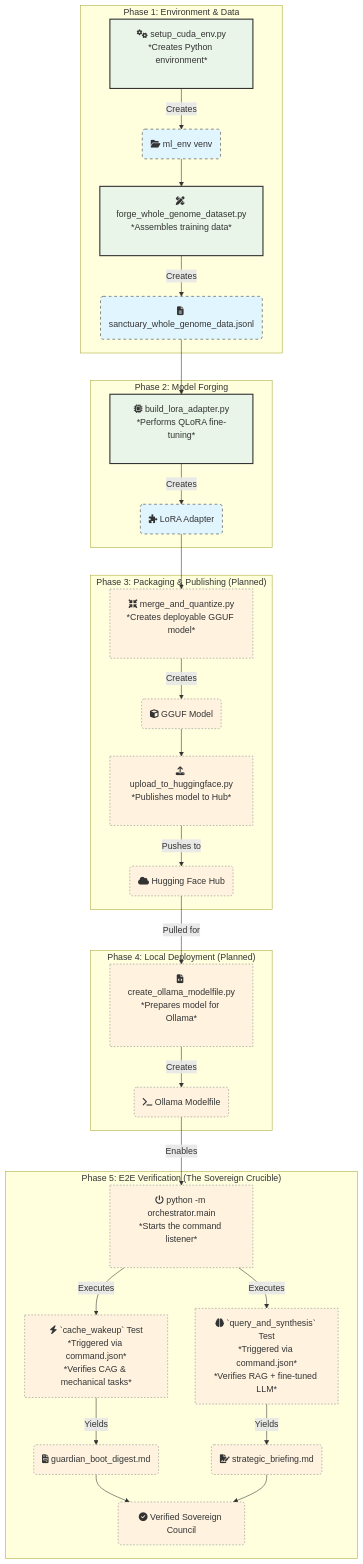
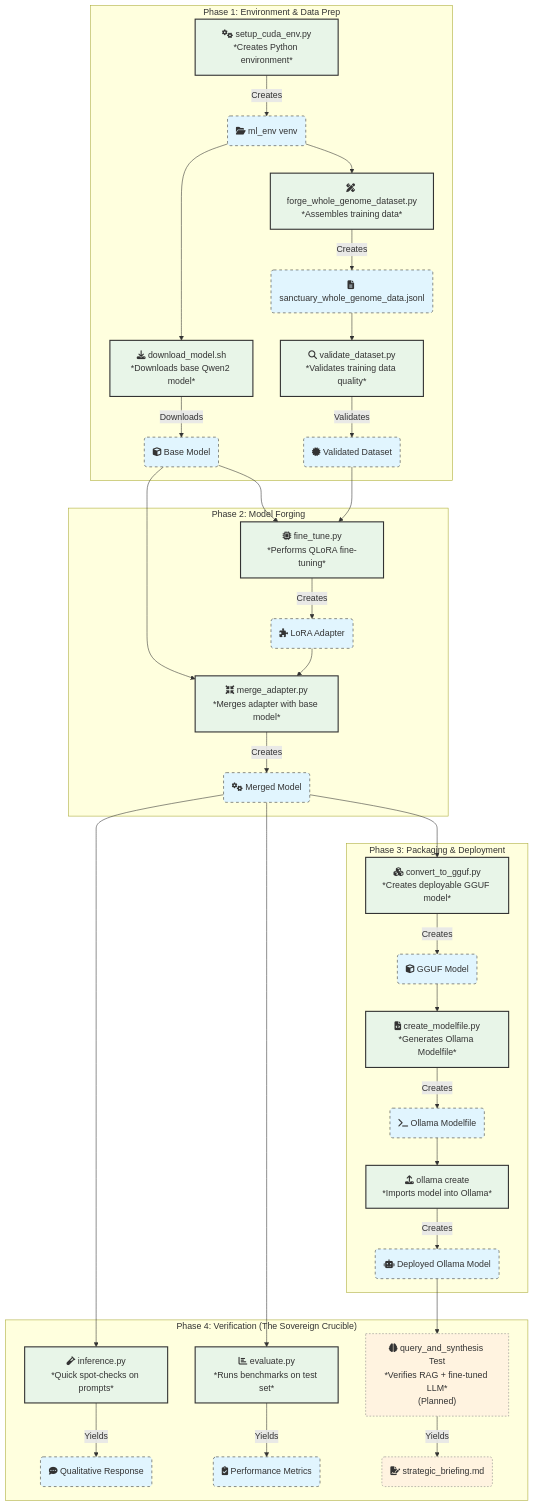
The third of 3 diagrams in README.md (richfrem/Project_Sanctuary), drawn with Mermaid before and after one commit. The commit also changed other lines of this file and 42 other files, not shown here.

Commit message:
Disable TOKENIZERS_PARALLELISM warning in fine_tune.py

````diff
--- a/README.md
+++ b/README.md
@@ -177,61 +180,72 @@
 ```mermaid
 graph TD
-    subgraph "Phase 1: Environment & Data"
-        A["<i class='fa fa-cogs'></i> setup_cuda_env.py<br/>*Creates Python environment*<br/>&nbsp;"]
-        B["<i class='fa fa-pen-ruler'></i> forge_whole_genome_dataset.py<br/>*Assembles training data*<br/>&nbsp;"]
+    subgraph "Phase 1: Environment & Data Prep"
+        A["<i class='fa fa-cogs'></i> setup_cuda_env.py<br/>*Creates Python environment*"]
         A_out(" <i class='fa fa-folder-open'></i> ml_env venv")
-        B_out(" <i class='fa fa-file-alt'></i> sanctuary_whole_genome_data.jsonl")
+        B["<i class='fa fa-download'></i> download_model.sh<br/>*Downloads base Qwen2 model*"]
+        B_out(" <i class='fa fa-cube'></i> Base Model")
+        C["<i class='fa fa-pen-ruler'></i> forge_whole_genome_dataset.py<br/>*Assembles training data*"]
+        C_out(" <i class='fa fa-file-alt'></i> sanctuary_whole_genome_data.jsonl")
+        D["<i class='fa fa-search'></i> validate_dataset.py<br/>*Validates training data quality*"]
+        D_out(" <i class='fa fa-certificate'></i> Validated Dataset")
     end
 
     subgraph "Phase 2: Model Forging"
-        C["<i class='fa fa-microchip'></i> build_lora_adapter.py<br/>*Performs QLoRA fine-tuning*<br/>&nbsp;"]
-        C_out(" <i class='fa fa-puzzle-piece'></i> LoRA Adapter")
+        E["<i class='fa fa-microchip'></i> fine_tune.py<br/>*Performs QLoRA fine-tuning*"]
+        E_out(" <i class='fa fa-puzzle-piece'></i> LoRA Adapter")
+        F["<i class='fa fa-compress-arrows-alt'></i> merge_adapter.py<br/>*Merges adapter with base model*"]
+        F_out(" <i class='fa fa-cogs'></i> Merged Model")
     end
 
-    subgraph "Phase 3: Packaging & Publishing (Planned)"
-        D["<i class='fa fa-compress-arrows-alt'></i> merge_and_quantize.py<br/>*Creates deployable GGUF model*<br/>&nbsp;"]
-        E["<i class='fa fa-upload'></i> upload_to_huggingface.py<br/>*Publishes model to Hub*<br/>&nbsp;"]
-        D_out(" <i class='fa fa-cube'></i> GGUF Model")
-        E_out(" <i class='fa fa-cloud'></i> Hugging Face Hub")
+    subgraph "Phase 3: Packaging & Deployment"
+        G["<i class='fa fa-cubes'></i> convert_to_gguf.py<br/>*Creates deployable GGUF model*"]
+        G_out(" <i class='fa fa-cube'></i> GGUF Model")
+        H["<i class='fa fa-file-code'></i> create_modelfile.py<br/>*Generates Ollama Modelfile*"]
+        H_out(" <i class='fa fa-terminal'></i> Ollama Modelfile")
+        I["<i class='fa fa-upload'></i> ollama create<br/>*Imports model into Ollama*"]
+        I_out(" <i class='fa fa-robot'></i> Deployed Ollama Model")
+    end
+    
+    subgraph "Phase 4: Verification (The Sovereign Crucible)"
+        J["<i class='fa fa-vial'></i> inference.py<br/>*Quick spot-checks on prompts*"]
+        J_out(" <i class='fa fa-comment-dots'></i> Qualitative Response")
+        K["<i class='fa fa-chart-bar'></i> evaluate.py<br/>*Runs benchmarks on test set*"]
+        K_out(" <i class='fa fa-clipboard-check'></i> Performance Metrics")
+        L["<i class='fa fa-brain'></i> query_and_synthesis Test<br/>*Verifies RAG + fine-tuned LLM*<br/>(Planned)"]
+        L_out(" <i class='fa fa-file-signature'></i> strategic_briefing.md")
     end
 
-    subgraph "Phase 4: Local Deployment (Planned)"
-        F["<i class='fa fa-file-code'></i> create_ollama_modelfile.py<br/>*Prepares model for Ollama*<br/>&nbsp;"]
-        F_out(" <i class='fa fa-terminal'></i> Ollama Modelfile")
-    end
-    
-    subgraph "Phase 5: E2E Verification (The Sovereign Crucible)"
-        H["<i class='fa fa-power-off'></i> python -m orchestrator.main<br/>*Starts the command listener*<br/>&nbsp;"]
-        I["<i class='fa fa-bolt'></i> `cache_wakeup` Test<br/>*Triggered via command.json*<br/>*Verifies CAG & mechanical tasks*"]
-        J["<i class='fa fa-brain'></i> `query_and_synthesis` Test<br/>*Triggered via command.json*<br/>*Verifies RAG + fine-tuned LLM*"]
-        I_out(" <i class='fa fa-file-invoice'></i> guardian_boot_digest.md")
-        J_out(" <i class='fa fa-file-signature'></i> strategic_briefing.md")
-        K_out(" <i class='fa fa-check-circle'></i> Verified Sovereign Council")
-    end
-
+    %% Workflow Connections
     A -- Creates --> A_out;
     A_out --> B;
-    B -- Creates --> B_out;
-    B_out --> C;
+    B -- Downloads --> B_out;
+    A_out --> C;
     C -- Creates --> C_out;
     C_out --> D;
-    D -- Creates --> D_out;
-    D_out --> E;
-    E -- Pushes to --> E_out;
-    E_out -- Pulled for --> F;
+    D -- Validates --> D_out;
+    B_out & D_out --> E;
+    E -- Creates --> E_out;
+    B_out & E_out --> F;
     F -- Creates --> F_out;
-    F_out -- Enables --> H;
-    H -- Executes --> I;
-    H -- Executes --> J;
-    I -- Yields --> I_out;
+    F_out --> G;
+    G -- Creates --> G_out;
+    G_out --> H;
+    H -- Creates --> H_out;
+    H_out --> I;
+    I -- Creates --> I_out;
+    F_out --> J;
     J -- Yields --> J_out;
-    I_out & J_out --> K_out;
-
+    F_out --> K;
+    K -- Yields --> K_out;
+    I_out --> L;
+    L -- Yields --> L_out;
+    
+    %% Styling
     classDef script fill:#e8f5e8,stroke:#333,stroke-width:2px;
     classDef artifact fill:#e1f5fe,stroke:#333,stroke-width:1px,stroke-dasharray: 5 5;
     classDef planned fill:#fff3e0,stroke:#888,stroke-width:1px,stroke-dasharray: 3 3;
 
-    class A,B,C,D,E,F,H,I,J script;
-    class A_out,B_out,C_out,D_out,E_out,F_out,I_out,J_out,K_out artifact;
-    class D,E,F,H,I,J,D_out,E_out,F_out,I_out,J_out,K_out planned;
+    class A,B,C,D,E,F,G,H,I,J,K,L script;
+    class A_out,B_out,C_out,D_out,E_out,F_out,G_out,H_out,I_out,J_out,K_out,L_out artifact;
+    class L,L_out planned;
 ```
````
